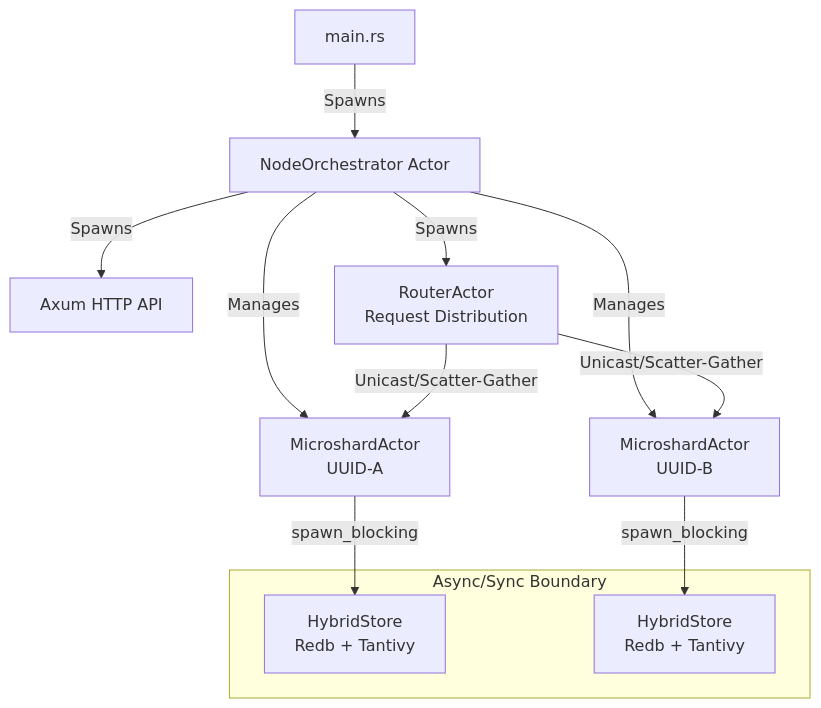
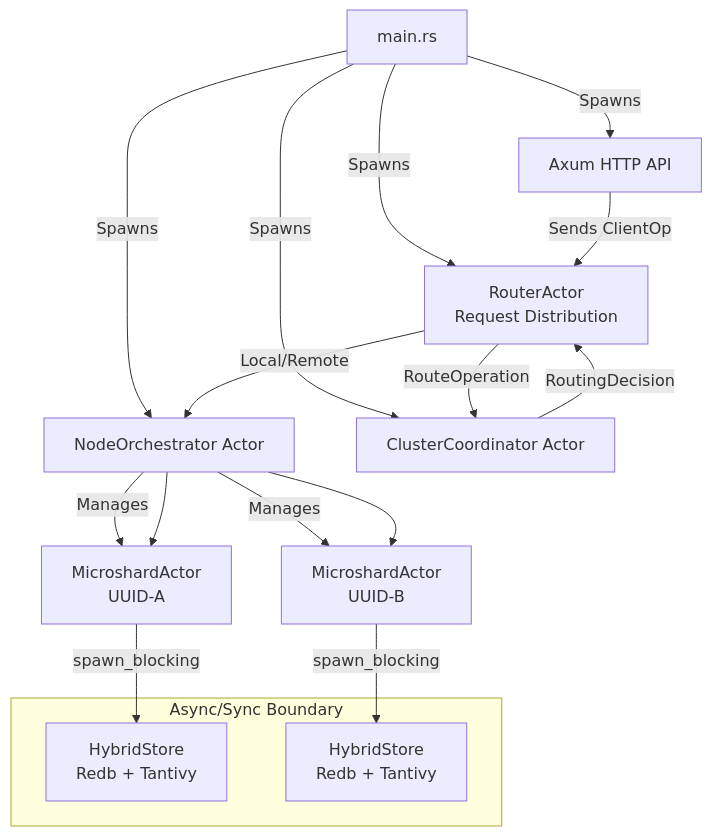
The first of 2 diagrams in ARCHITECTURE.md (cameodb/cameodb), drawn with Mermaid before and after one commit. The commit also changed 2 other files, not shown here.

Commit message:
docs: update architecture diagrams to reflect actor spawning hierarchy and routing flow with ClusterCoordinator
**Architecture Diagram Updates**:
- Move API, Router, and ClusterCoordinator spawning from NodeOrchestrator to main.rs entry point
- Add ClusterCoordinator actor to node hierarchy diagram
- Update routing flow: API → Router → ClusterCoordinator → Router → Orchestrator → Shards
- Change Router-Shard relationship from direct "Unicast/Scatter-Gather" to "Local/Remote" via Orchest

````diff
--- a/ARCHITECTURE.md
+++ b/ARCHITECTURE.md
@@ -53,18 +53,23 @@
 ```mermaid
 graph TD
     Entry[main.rs] -->|Spawns| Orchestrator[NodeOrchestrator Actor]
-    Orchestrator -->|Spawns| API[Axum HTTP API]
-    Orchestrator -->|Spawns| Router[RouterActor <br/> Request Distribution]
+    Entry -->|Spawns| API[Axum HTTP API]
+    Entry -->|Spawns| Router[RouterActor <br/> Request Distribution]
+    Entry -->|Spawns| Coord[ClusterCoordinator Actor]
     Orchestrator -->|Manages| Shard1[MicroshardActor <br/> UUID-A]
     Orchestrator -->|Manages| Shard2[MicroshardActor <br/> UUID-B]
     
-    Router -->|Unicast/Scatter-Gather| Shard1
-    Router -->|Unicast/Scatter-Gather| Shard2
+    API -->|Sends ClientOp| Router
+    Router -->|RouteOperation| Coord
+    Coord -->|RoutingDecision| Router
+    Router -->|Local/Remote| Orchestrator
+    Orchestrator --> Shard1
+    Orchestrator --> Shard2
     Shard1 -->|spawn_blocking| HybridStore1[HybridStore <br/> Redb + Tantivy]
     Shard2 -->|spawn_blocking| HybridStore2[HybridStore <br/> Redb + Tantivy]
     
     subgraph "Async/Sync Boundary"
         HybridStore1
         HybridStore2
     end
 ```
````
